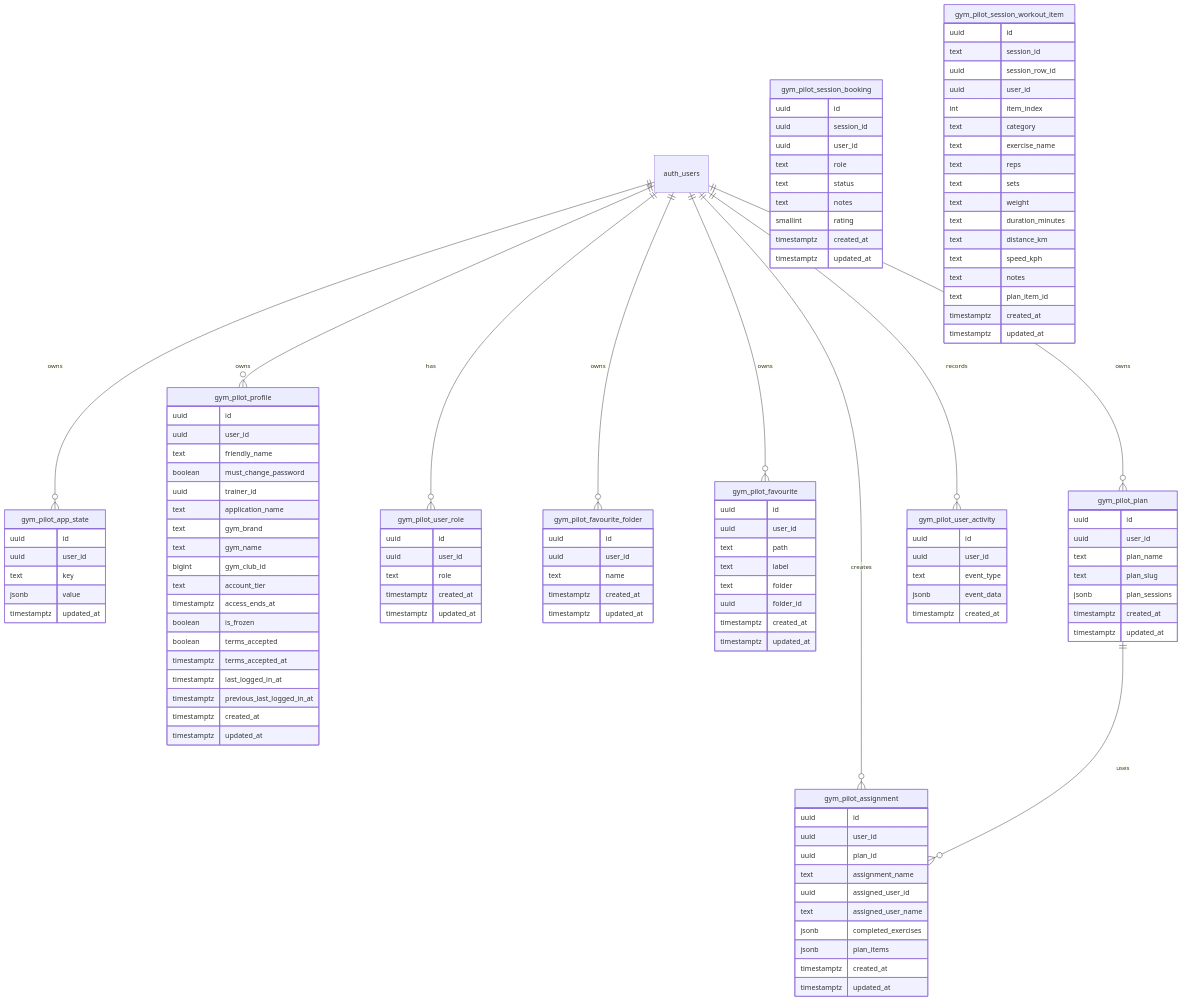
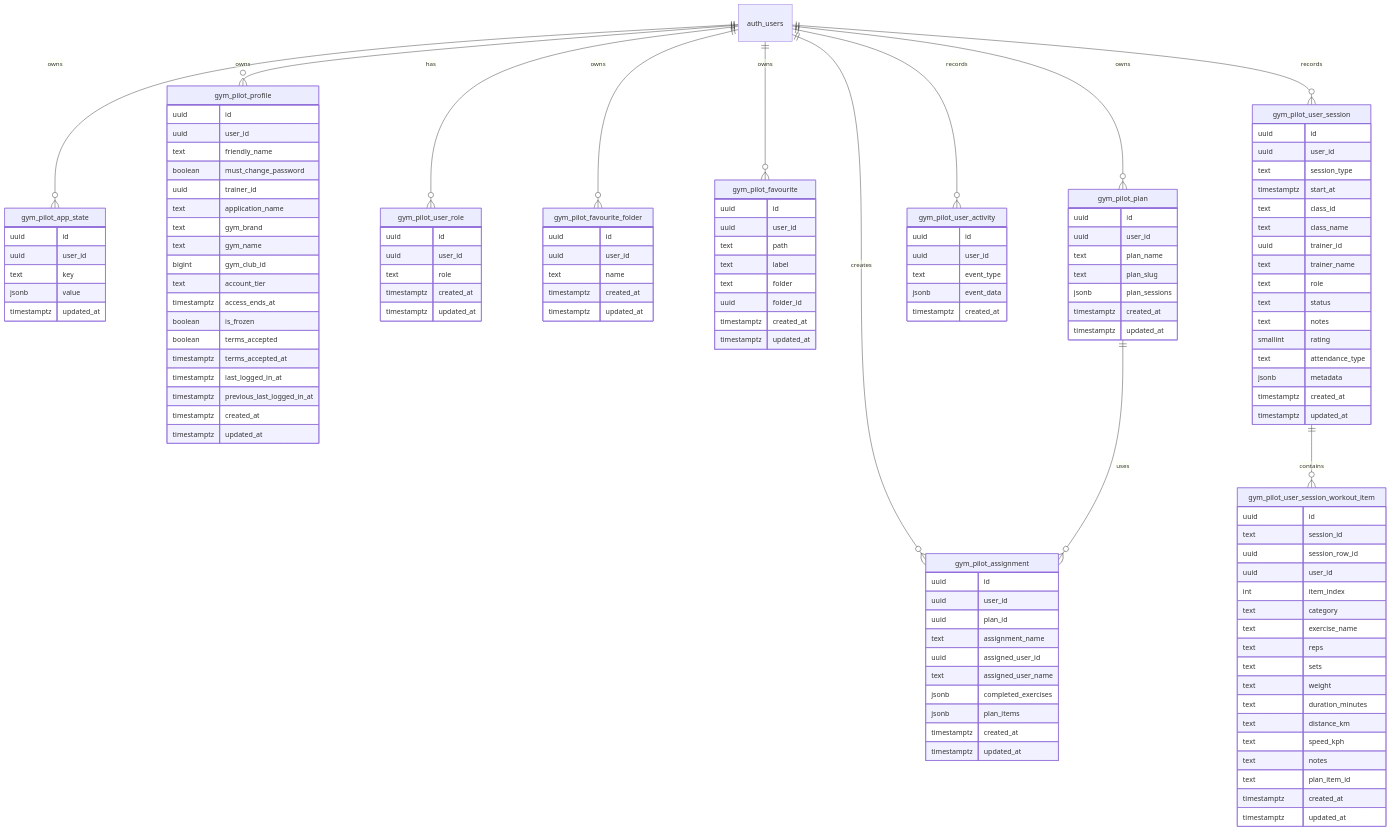
Before and after one commit to asudbury/gym-pilot: the diagram in docs/data-schema.md, drawn with Mermaid. The commit also changed other lines of this file and 6 other files, not shown here.

```diff
--- a/docs/data-schema.md
+++ b/docs/data-schema.md
@@ -185,7 +224,9 @@
     auth_users ||--o{ gym_pilot_plan : owns
     auth_users ||--o{ gym_pilot_assignment : creates
     auth_users ||--o{ gym_pilot_user_activity : records
+    auth_users ||--o{ gym_pilot_user_session : records
     gym_pilot_plan ||--o{ gym_pilot_assignment : uses
+    gym_pilot_user_session ||--o{ gym_pilot_user_session_workout_item : contains
 
     gym_pilot_app_state {
         uuid id
@@ -274,19 +315,26 @@
         timestamptz created_at
     }
 
-    gym_pilot_session_booking {
+    gym_pilot_user_session {
         uuid id
-        uuid session_id
         uuid user_id
+        text session_type
+        timestamptz start_at
+        text class_id
+        text class_name
+        uuid trainer_id
+        text trainer_name
         text role
         text status
         text notes
         smallint rating
+        text attendance_type
+        jsonb metadata
         timestamptz created_at
         timestamptz updated_at
     }
 
-    gym_pilot_session_workout_item {
+    gym_pilot_user_session_workout_item {
         uuid id
         text session_id
         uuid session_row_id
```
